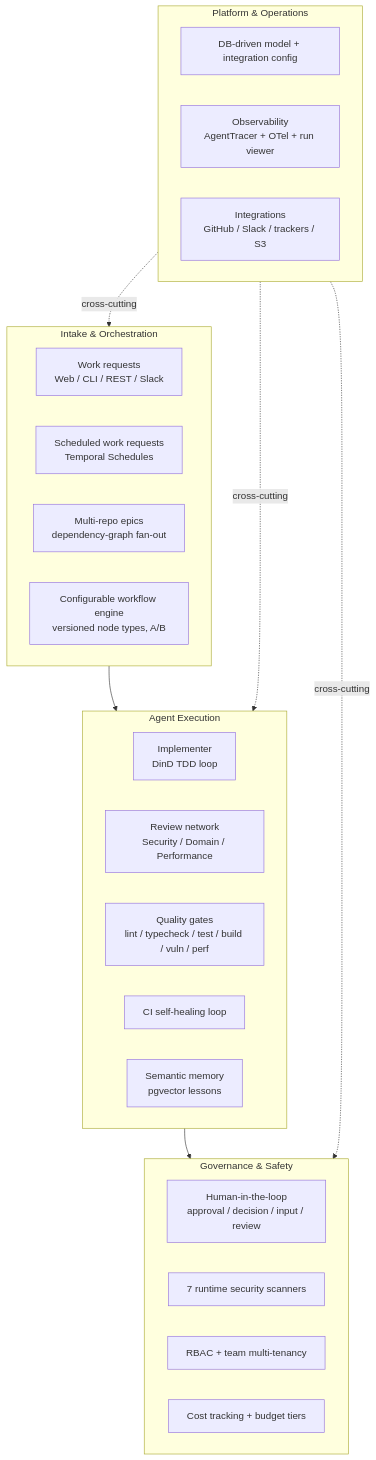
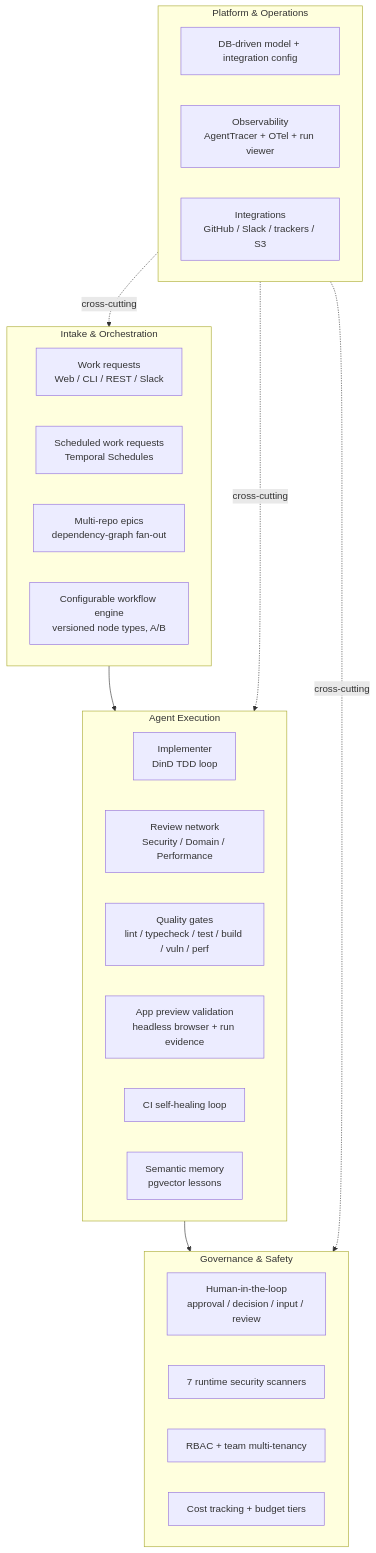
The first of 2 diagrams in docs/product-overview.md (yorch/auto-swe), drawn with Mermaid before and after one commit. The commit also changed other lines of this file and 24 other files, not shown here.

First line of the commit message:
fix(ui-validation): fail the gate on browser errors and document evidence (#587)

````diff
--- a/docs/product-overview.md
+++ b/docs/product-overview.md
@@ -75,35 +75,36 @@
 ```mermaid
 flowchart TB
     subgraph Intake["Intake & Orchestration"]
         WR[Work requests\nWeb / CLI / REST / Slack]
         SCHED[Scheduled work requests\nTemporal Schedules]
         EPIC[Multi-repo epics\ndependency-graph fan-out]
         WF[Configurable workflow engine\nversioned node types, A/B]
     end
 
     subgraph Agents["Agent Execution"]
         IMPL[Implementer\nDinD TDD loop]
         REVNET[Review network\nSecurity / Domain / Performance]
         GATES[Quality gates\nlint / typecheck / test / build / vuln / perf]
+        UIVAL[App preview validation\nheadless browser + run evidence]
         CIHEAL[CI self-healing loop]
         MEM[Semantic memory\npgvector lessons]
     end
 
     subgraph Governance["Governance & Safety"]
         HITL[Human-in-the-loop\napproval / decision / input / review]
         SCAN[7 runtime security scanners]
         RBAC[RBAC + team multi-tenancy]
         COST[Cost tracking + budget tiers]
     end
 
     subgraph Platform["Platform & Operations"]
         CONFIG[DB-driven model + integration config]
         OBS[Observability\nAgentTracer + OTel + run viewer]
         INTEG[Integrations\nGitHub / Slack / trackers / S3]
     end
 
     Intake --> Agents --> Governance
     Platform -.cross-cutting.-> Intake
     Platform -.cross-cutting.-> Agents
     Platform -.cross-cutting.-> Governance
 ```
````
